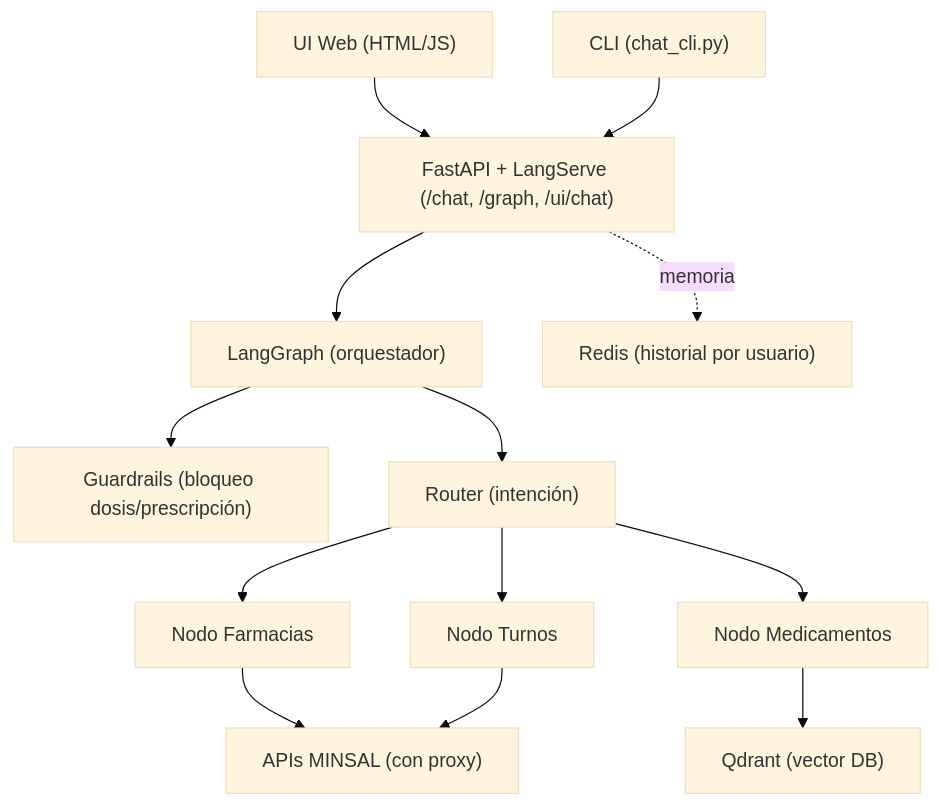
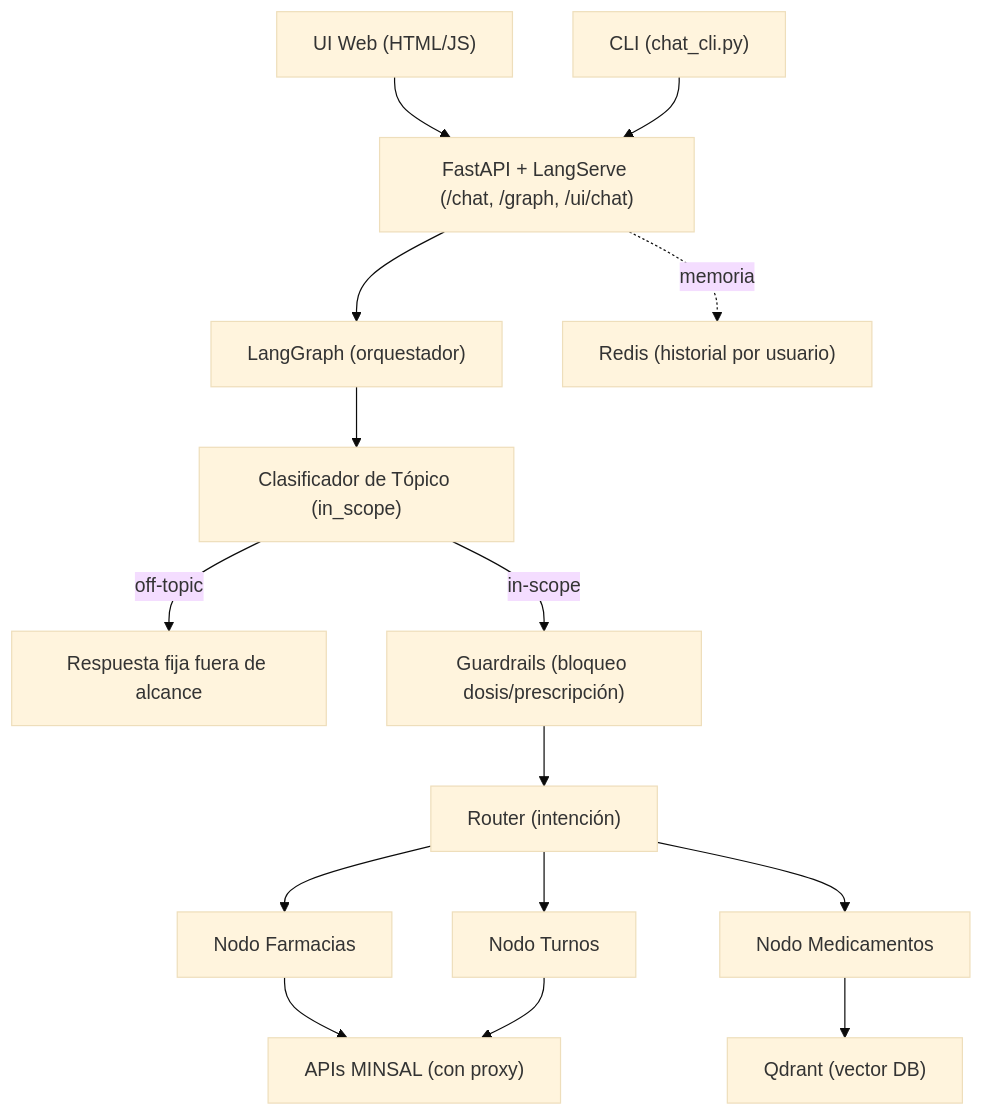
Before and after one commit to lastra00/medical-assistant: the first of 4 diagrams in README.md, drawn with Mermaid (base theme). The commit also changed other lines of this file and 1 other file, not shown here.

````diff
--- a/README.md
+++ b/README.md
@@ -19,15 +19,17 @@
 ```mermaid
 graph TD
   UI["UI Web (HTML/JS)"] --> API["FastAPI + LangServe (/chat, /graph, /ui/chat)"]
   CLI["CLI (chat_cli.py)"] --> API
   API --> LG["LangGraph (orquestador)"]
-  LG --> GR["Guardrails (bloqueo dosis/prescripción)"]
-  LG --> RT["Router (intención)"]
+  LG --> SC["Clasificador de Tópico (in_scope)"]
+  SC -- "off-topic" --> RS["Respuesta fija fuera de alcance"]
+  SC -- "in-scope" --> GR["Guardrails (bloqueo dosis/prescripción)"]
+  GR --> RT["Router (intención)"]
   RT --> NF["Nodo Farmacias"]
   RT --> NT["Nodo Turnos"]
   RT --> NM["Nodo Medicamentos"]
   NF --> MINSAL["APIs MINSAL (con proxy)"]
   NT --> MINSAL
   NM --> QDRANT["Qdrant (vector DB)"]
   API -.memoria.-> REDIS["Redis (historial por usuario)"]
 ```
````
